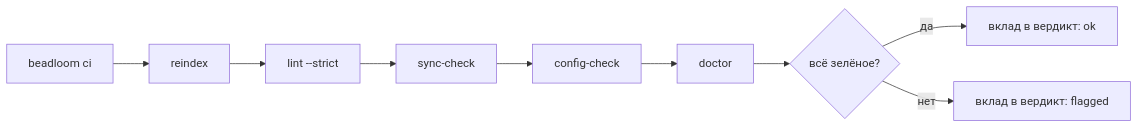
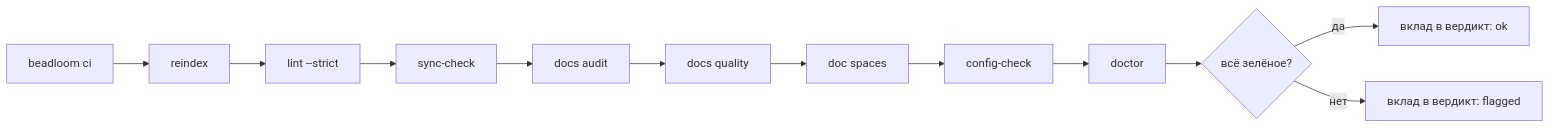
Before and after one commit to zoologov/beadloom: the ninth of 10 diagrams in docs/guides/multi-agent-development.ru.md, drawn with Mermaid. The commit also changed other lines of this file and 141 other files, not shown here.

First line of the commit message:
[BDL-062] Graph metadata is an unchecked surface (#44)

````diff
--- a/docs/guides/multi-agent-development.ru.md
+++ b/docs/guides/multi-agent-development.ru.md
@@ -460,12 +476,15 @@
 ```mermaid
 flowchart LR
   CI["beadloom ci"] --> R["reindex"]
   R --> L["lint --strict"]
   L --> S["sync-check"]
-  S --> C["config-check"]
+  S --> DA["docs audit"]
+  DA --> DQ["docs quality"]
+  DQ --> DS["doc spaces"]
+  DS --> C["config-check"]
   C --> D["doctor"]
 
   D --> GREEN{"всё зелёное?"}
   GREEN -->|да| OK["вклад в вердикт: ok"]
   GREEN -->|нет| FLAG["вклад в вердикт: flagged"]
 ```
````
